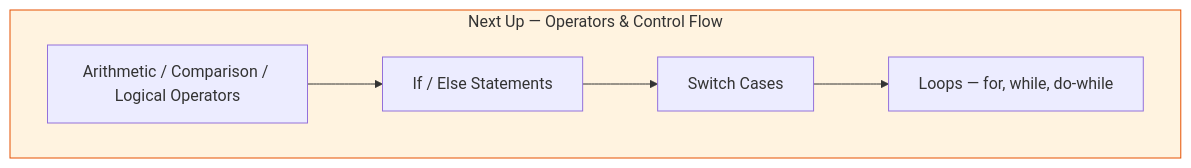
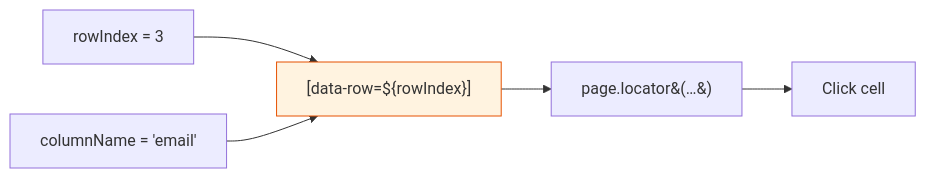
One commit to pashikantibitla/LearnPlayWrightExercises changed diagram 12 of 31 in README.md. Above: the diagram before and after it, drawn with Mermaid. The commit also changed other lines of this file and 127 other files, not shown here.

````diff
--- a/README.md
+++ b/README.md
@@ -450,10 +756,8 @@
 ```mermaid
-graph TD
-    subgraph next["Next Up — Operators & Control Flow"]
-        N1[Arithmetic / Comparison / Logical Operators] --> N2[If / Else Statements]
-        N2 --> N3[Switch Cases]
-        N3 --> N4[Loops — for, while, do-while]
-    end
-
-    style next fill:#fff3e0,stroke:#e65100
+flowchart LR
+    A[rowIndex = 3] --> T["`[data-row=&dollar;{rowIndex}]`"]
+    B[columnName = 'email'] --> T
+    T --> P[page.locator&#40;…&#41;]
+    P --> C[Click cell]
+    style T fill:#fff3e0,stroke:#e65100
 ```
````
